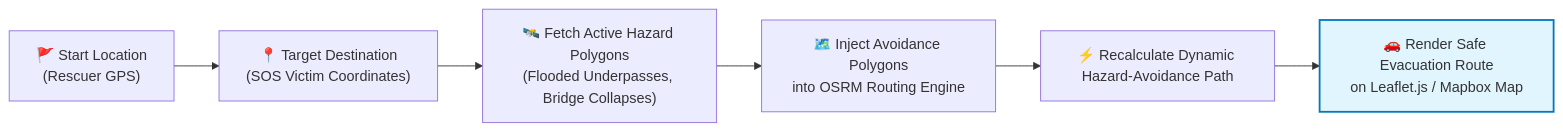
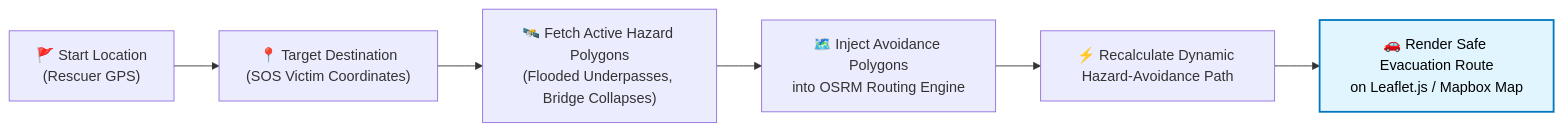
The tenth of 10 diagrams in README.md (MrinallSamal-byte/SIH), drawn with Mermaid before and after one commit. The commit also changed other lines of this file, not shown here.

Commit message:
fix: Add explicit dark text color (color:#000000) to all Mermaid classDef nodes for 100% high contrast visibility in Dark Mode

````diff
--- a/README.md
+++ b/README.md
@@ -355,11 +355,11 @@
 ```mermaid
 flowchart LR
     A["🚩 Start Location\n(Rescuer GPS)"] --> B["📍 Target Destination\n(SOS Victim Coordinates)"]
     B --> C["🛰️ Fetch Active Hazard Polygons\n(Flooded Underpasses, Bridge Collapses)"]
     C --> D["🗺️ Inject Avoidance Polygons\ninto OSRM Routing Engine"]
     D --> E["⚡ Recalculate Dynamic Hazard-Avoidance Path"]
     E --> F["🚗 Render Safe Evacuation Route\non Leaflet.js / Mapbox Map"]
 
-    classDef route fill:#e1f5fe,stroke:#0277bd,stroke-width:2px;
+    classDef route fill:#e1f5fe,stroke:#0277bd,stroke-width:2px,color:#000000;
     class F route;
 ```
````
